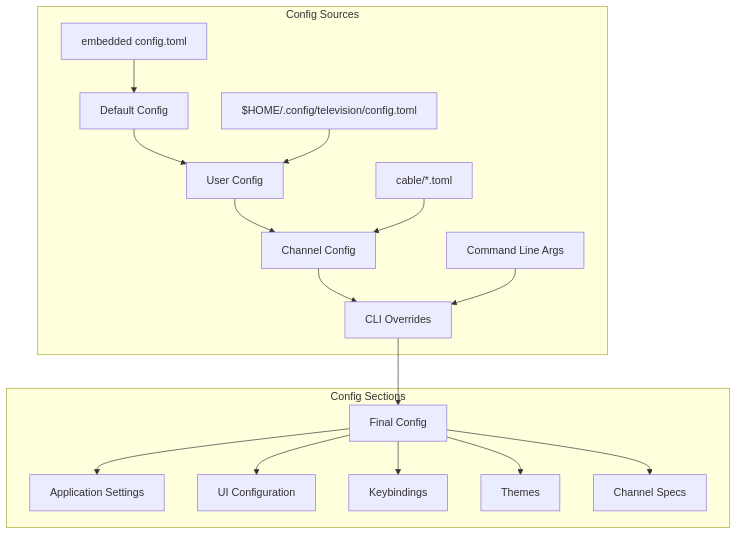
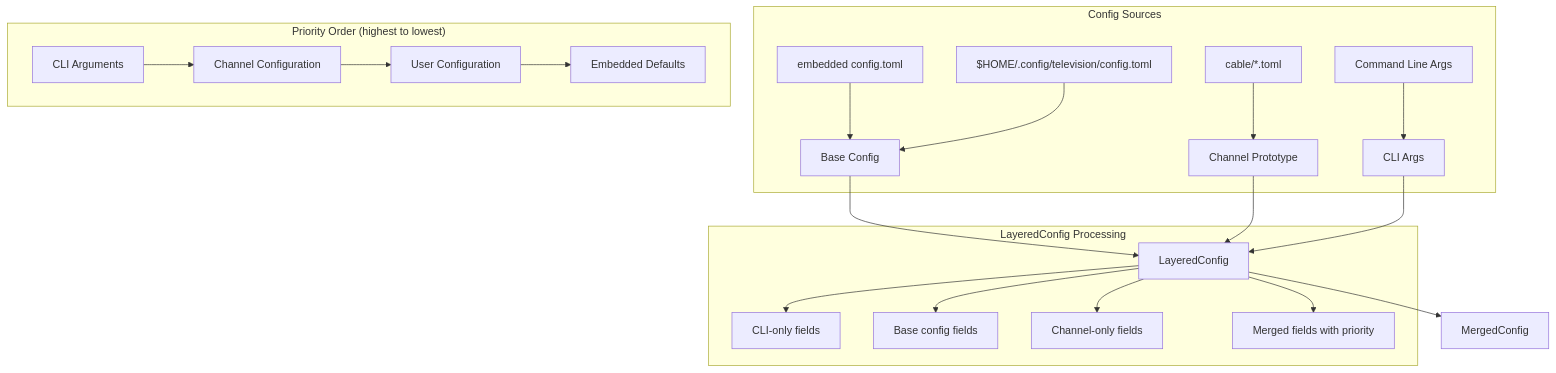
One commit to alexpasmantier/television changed the seventh of 9 diagrams in docs/02-Developers/01-ARCHITECTURE.md. Above: the diagram before and after it, drawn with Mermaid. The commit also changed other lines of this file and 48 other files, not shown here.

First line of the commit message:
refactor(config): introduce a new layered config system

````diff
--- a/docs/02-Developers/01-ARCHITECTURE.md
+++ b/docs/02-Developers/01-ARCHITECTURE.md
@@ -283,22 +285,27 @@
 ```mermaid
 flowchart TD
-    A[Default Config] --> C[User Config]
-    C --> D[Channel Config]
-    D --> E[CLI Overrides]
-    E --> F[Final Config]
+    A[Base Config] --> C[LayeredConfig]
+    B[Channel Prototype] --> C
+    D[CLI Args] --> C
+    C --> E[MergedConfig]
 
     subgraph "Config Sources"
         G[embedded config.toml] --> A
-        I[$HOME/.config/television/config.toml] --> C
-        J[cable/*.toml] --> D
-        K[Command Line Args] --> E
+        I[$HOME/.config/television/config.toml] --> A
+        J[cable/*.toml] --> B
+        K[Command Line Args] --> D
     end
 
-    subgraph "Config Sections"
-        F --> L[Application Settings]
-        F --> M[UI Configuration]
-        F --> N[Keybindings]
-        F --> O[Themes]
-        F --> P[Channel Specs]
+    subgraph "LayeredConfig Processing"
+        C --> L[CLI-only fields]
+        C --> M[Base config fields]
+        C --> N[Channel-only fields]
+        C --> O[Merged fields with priority]
+    end
+
+    subgraph "Priority Order (highest to lowest)"
+        P[CLI Arguments] --> Q[Channel Configuration]
+        Q --> R[User Configuration]
+        R --> S[Embedded Defaults]
     end
 ```
````
